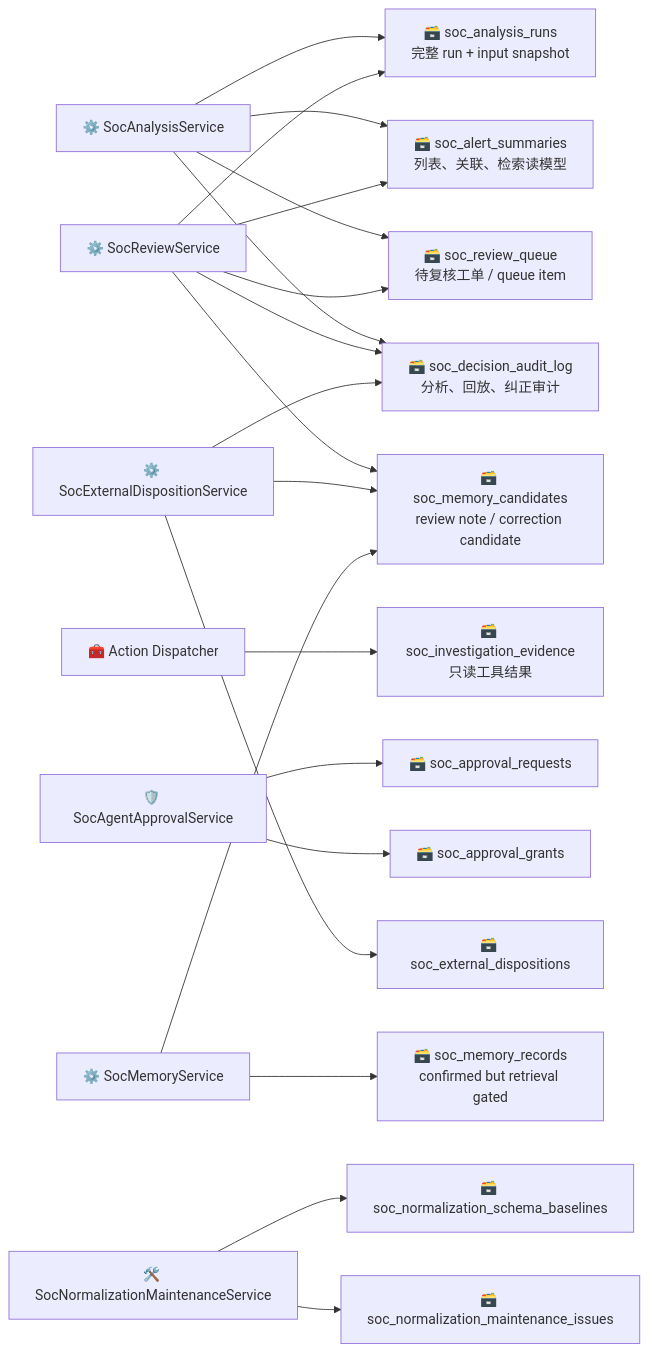
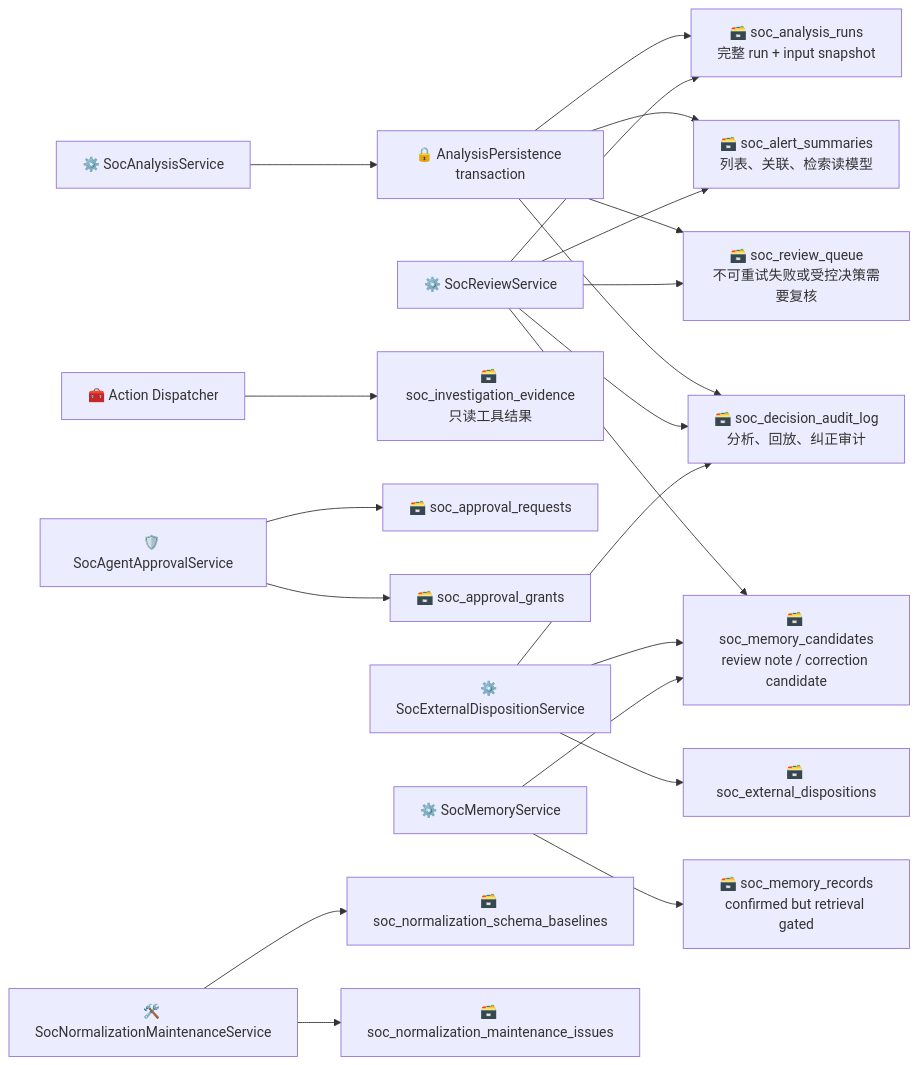
The fourth of 17 diagrams in .notes/ai_soc/alert-lifecycle-flow.md (yydspanda/deer-flow), drawn with Mermaid before and after one commit. The commit also changed other lines of this file and 37 other files, not shown here.

````diff
--- a/.notes/ai_soc/alert-lifecycle-flow.md
+++ b/.notes/ai_soc/alert-lifecycle-flow.md
@@ -147,24 +148,25 @@
 ```mermaid
 flowchart LR
-    A["⚙️ SocAnalysisService"] --> B["🗃️ soc_analysis_runs<br/>完整 run + input snapshot"]
-    A --> C["🗃️ soc_alert_summaries<br/>列表、关联、检索读模型"]
-    A --> D["🗃️ soc_review_queue<br/>待复核工单 / queue item"]
-    A --> E["🗃️ soc_decision_audit_log<br/>分析、回放、纠正审计"]
+    A["⚙️ SocAnalysisService"] --> TX["🔒 AnalysisPersistence transaction"]
+    TX --> B["🗃️ soc_analysis_runs<br/>完整 run + input snapshot"]
+    TX --> C["🗃️ soc_alert_summaries<br/>列表、关联、检索读模型"]
+    TX --> D["🗃️ soc_review_queue<br/>不可重试失败或受控决策需要复核"]
+    TX --> E["🗃️ soc_decision_audit_log<br/>分析、回放、纠正审计"]
 
     F["⚙️ SocReviewService"] --> D
     F --> B
     F --> C
     F --> E
     F --> G["🗃️ soc_memory_candidates<br/>review note / correction candidate"]
 
     H["🧰 Action Dispatcher"] --> I["🗃️ soc_investigation_evidence<br/>只读工具结果"]
     J["🛡️ SocAgentApprovalService"] --> K["🗃️ soc_approval_requests"]
     J --> L["🗃️ soc_approval_grants"]
     M["⚙️ SocExternalDispositionService"] --> N["🗃️ soc_external_dispositions"]
     M --> E
     M --> G
     O["⚙️ SocMemoryService"] --> G
     O --> P["🗃️ soc_memory_records<br/>confirmed but retrieval gated"]
     Q["🛠️ SocNormalizationMaintenanceService"] --> R["🗃️ soc_normalization_schema_baselines"]
     Q --> S["🗃️ soc_normalization_maintenance_issues"]
 ```
````
